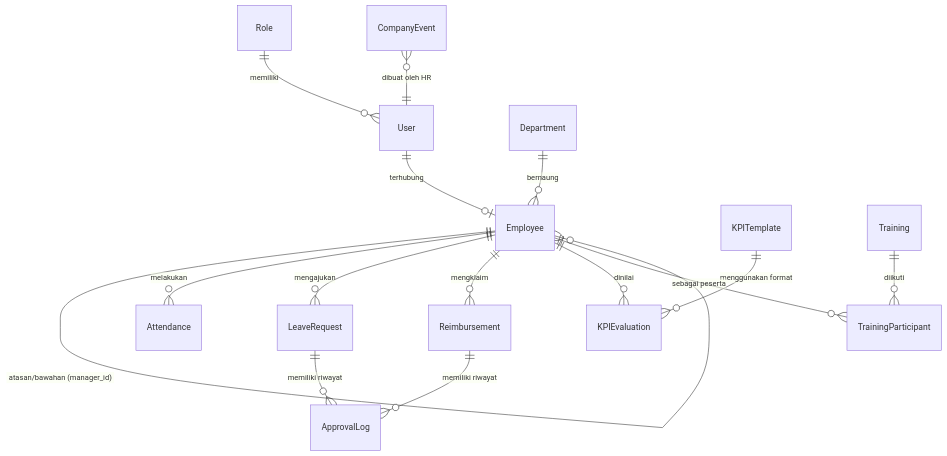
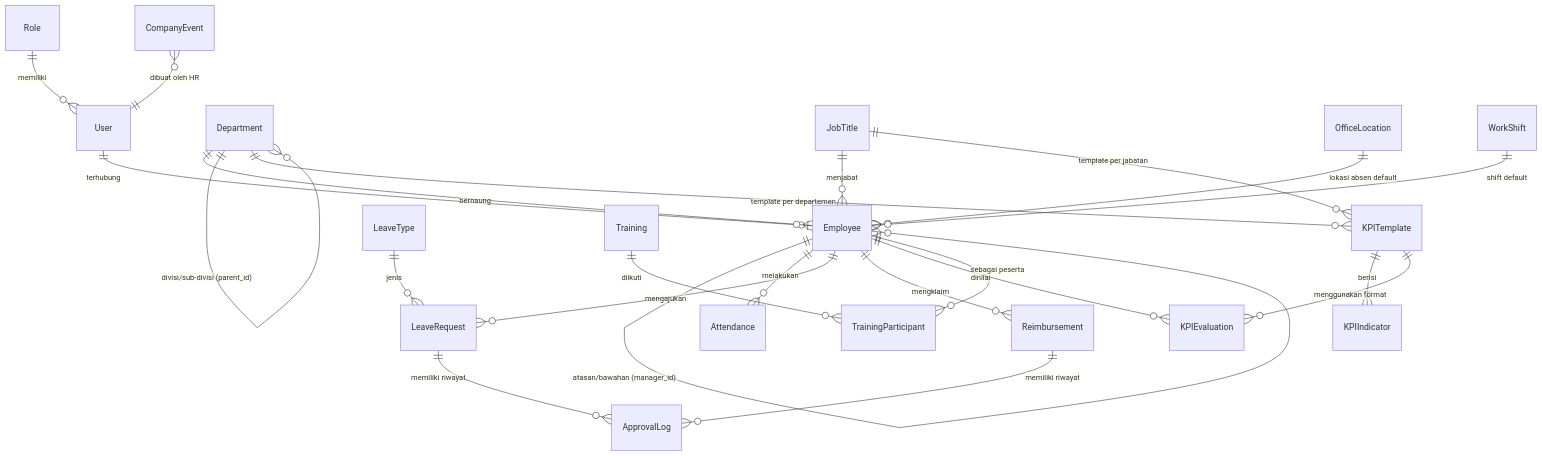
One commit to Nongslab/arrayan-be changed the diagram in docs/BACKEND_OVERVIEW.md. Above: the diagram before and after it, drawn with Mermaid. The commit also changed other lines of this file and 1 other file, not shown here.

Commit message:
docs: document master data schema and seed

````diff
--- a/docs/BACKEND_OVERVIEW.md
+++ b/docs/BACKEND_OVERVIEW.md
@@ -80,17 +80,25 @@
 ```mermaid
 erDiagram
     Role ||--o{ User : "memiliki"
     User ||--o| Employee : "terhubung"
     Department ||--o{ Employee : "bernaung"
+    Department ||--o{ Department : "divisi/sub-divisi (parent_id)"
+    JobTitle ||--o{ Employee : "menjabat"
+    OfficeLocation ||--o{ Employee : "lokasi absen default"
+    WorkShift ||--o{ Employee : "shift default"
+    JobTitle ||--o{ KPITemplate : "template per jabatan"
+    Department ||--o{ KPITemplate : "template per departemen"
+    KPITemplate ||--|{ KPIIndicator : "berisi"
+    LeaveType ||--o{ LeaveRequest : "jenis"
     Employee ||--o{ Employee : "atasan/bawahan (manager_id)"
     Employee ||--o{ Attendance : "melakukan"
     Employee ||--o{ LeaveRequest : "mengajukan"
     LeaveRequest ||--o{ ApprovalLog : "memiliki riwayat"
     Employee ||--o{ Reimbursement : "mengklaim"
     Reimbursement ||--o{ ApprovalLog : "memiliki riwayat"
     Employee ||--o{ KPIEvaluation : "dinilai"
     KPITemplate ||--o{ KPIEvaluation : "menggunakan format"
     Training ||--o{ TrainingParticipant : "diikuti"
     Employee ||--o{ TrainingParticipant : "sebagai peserta"
     CompanyEvent }o--|| User : "dibuat oleh HR"
 ```
````
